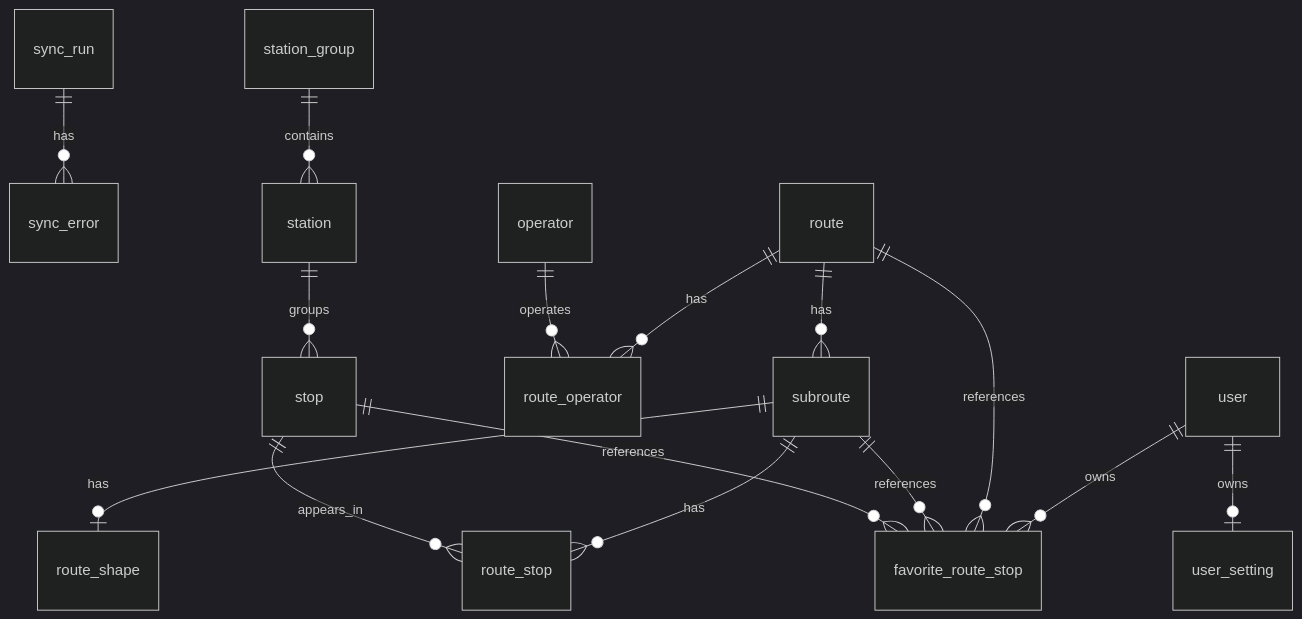
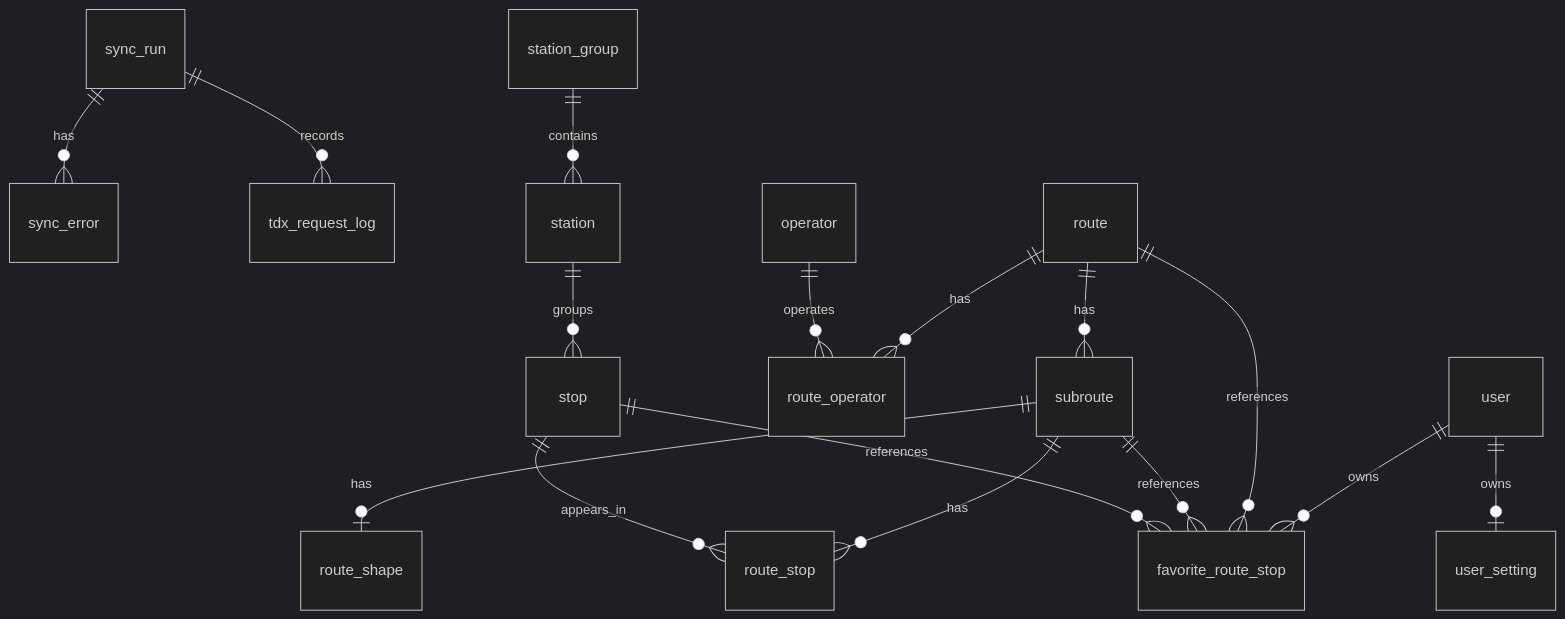
Before and after one commit to clhuang224/bus: the diagram in apps/api/docs/database-plan.md, drawn with Mermaid (dark theme). The commit also changed other lines of this file and 49 other files, not shown here.

First line of the commit message:
feat(api): prepare TDX routes and stops sync foundation (#44)

````diff
--- a/apps/api/docs/database-plan.md
+++ b/apps/api/docs/database-plan.md
@@ -157,21 +158,22 @@
 ```mermaid
 erDiagram
   sync_run ||--o{ sync_error : has
+  sync_run ||--o{ tdx_request_log : records
 
   route ||--o{ subroute : has
   route ||--o{ route_operator : has
   operator ||--o{ route_operator : operates
 
   subroute ||--o{ route_stop : has
   subroute ||--o| route_shape : has
 
   station_group ||--o{ station : contains
   station ||--o{ stop : groups
   stop ||--o{ route_stop : appears_in
 
   user ||--o{ favorite_route_stop : owns
   route ||--o{ favorite_route_stop : references
   subroute ||--o{ favorite_route_stop : references
   stop ||--o{ favorite_route_stop : references
   user ||--o| user_setting : owns
 ```
````
